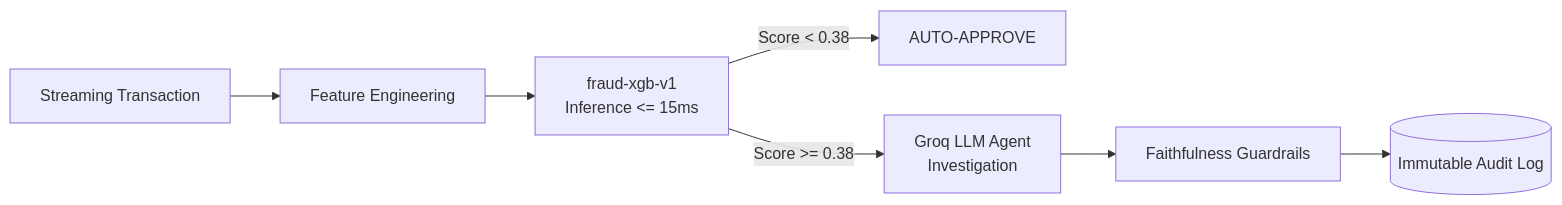
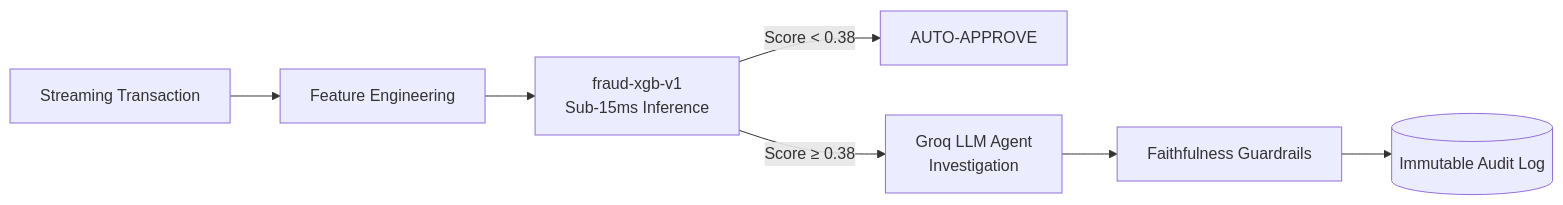
Before and after one commit to abhinavcdas/fraud-detection-agent: the diagram in governance/model_card.md, drawn with Mermaid. The commit also changed 4 other files, not shown here.

Commit message:
fix: harden latency benchmark with write-then-read features, sanitize agent tool calls, and fix mermaid syntax

````diff
--- a/governance/model_card.md
+++ b/governance/model_card.md
@@ -16,9 +16,9 @@
 ```mermaid
 flowchart LR
-    A[Streaming Transaction] --> B[Feature Engineering]
-    B --> C[fraud-xgb-v1<br/>Inference <= 15ms]
-    C -->|Score < 0.38| D[AUTO-APPROVE]
-    C -->|Score >= 0.38| E[Groq LLM Agent<br/>Investigation]
-    E --> F[Faithfulness Guardrails]
-    F --> G[(Immutable Audit Log)]
+    A["Streaming Transaction"] --> B["Feature Engineering"]
+    B --> C["fraud-xgb-v1<br>Sub-15ms Inference"]
+    C -->|"Score &lt; 0.38"| D["AUTO-APPROVE"]
+    C -->|"Score &ge; 0.38"| E["Groq LLM Agent<br>Investigation"]
+    E --> F["Faithfulness Guardrails"]
+    F --> G[("Immutable Audit Log")]
 ```
````
